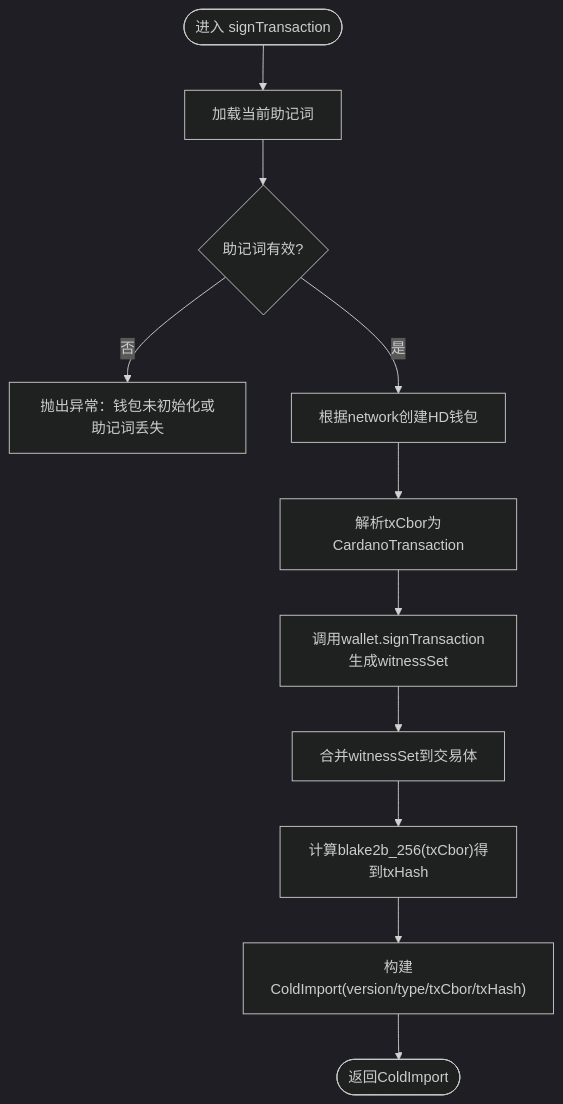
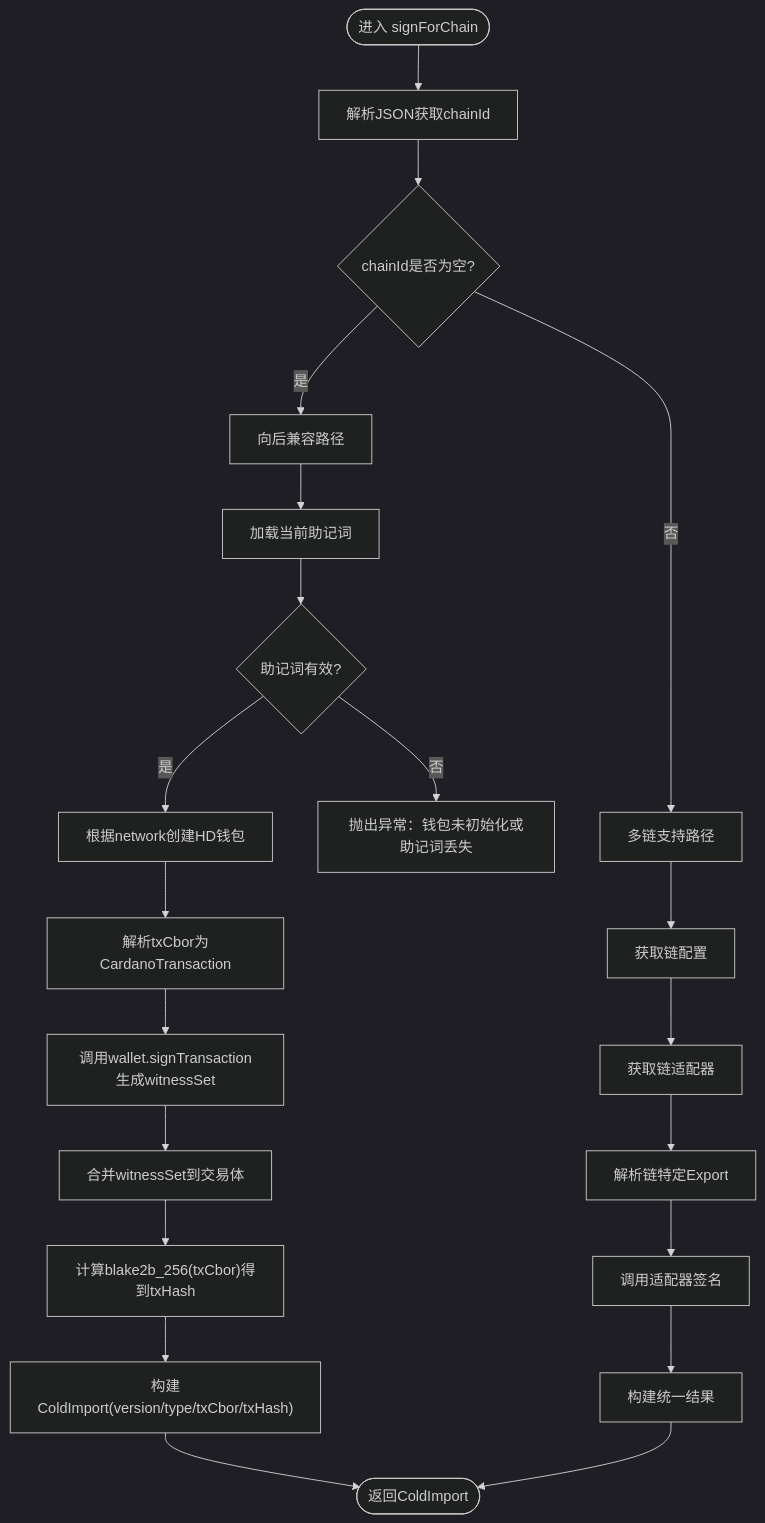
Before and after one commit to EqualToEthan/stasis: the third of 7 diagrams in .qoder/repowiki/zh/content/核心服务/交易处理服务.md, drawn with Mermaid (dark theme). The commit also changed other lines of this file and 40 other files, not shown here.

````diff
--- a/.qoder/repowiki/zh/content/核心服务/交易处理服务.md
+++ b/.qoder/repowiki/zh/content/核心服务/交易处理服务.md
@@ -124,13 +166,23 @@
 ```mermaid
 flowchart TD
-Start(["进入 signTransaction"]) --> LoadMnemonic["加载当前助记词"]
+Start(["进入 signForChain"]) --> ParseJson["解析JSON获取chainId"]
+ParseJson --> CheckChain{"chainId是否为空?"}
+CheckChain -- 是 --> CardanoPath["向后兼容路径"]
+CheckChain -- 否 --> MultiChainPath["多链支持路径"]
+CardanoPath --> LoadMnemonic["加载当前助记词"]
+MultiChainPath --> GetConfig["获取链配置"]
+GetConfig --> GetAdapter["获取链适配器"]
+GetAdapter --> ParseExport["解析链特定Export"]
+ParseExport --> SignAdapter["调用适配器签名"]
+SignAdapter --> BuildResult["构建统一结果"]
 LoadMnemonic --> CheckMnemonic{"助记词有效?"}
 CheckMnemonic -- 否 --> Err1["抛出异常：钱包未初始化或助记词丢失"]
 CheckMnemonic -- 是 --> CreateWallet["根据network创建HD钱包"]
 CreateWallet --> ParseTx["解析txCbor为CardanoTransaction"]
 ParseTx --> Sign["调用wallet.signTransaction生成witnessSet"]
 Sign --> Merge["合并witnessSet到交易体"]
 Merge --> Hash["计算blake2b_256(txCbor)得到txHash"]
 Hash --> BuildImport["构建ColdImport(version/type/txCbor/txHash)"]
 BuildImport --> End(["返回ColdImport"])
+BuildResult --> End
 ```
````
